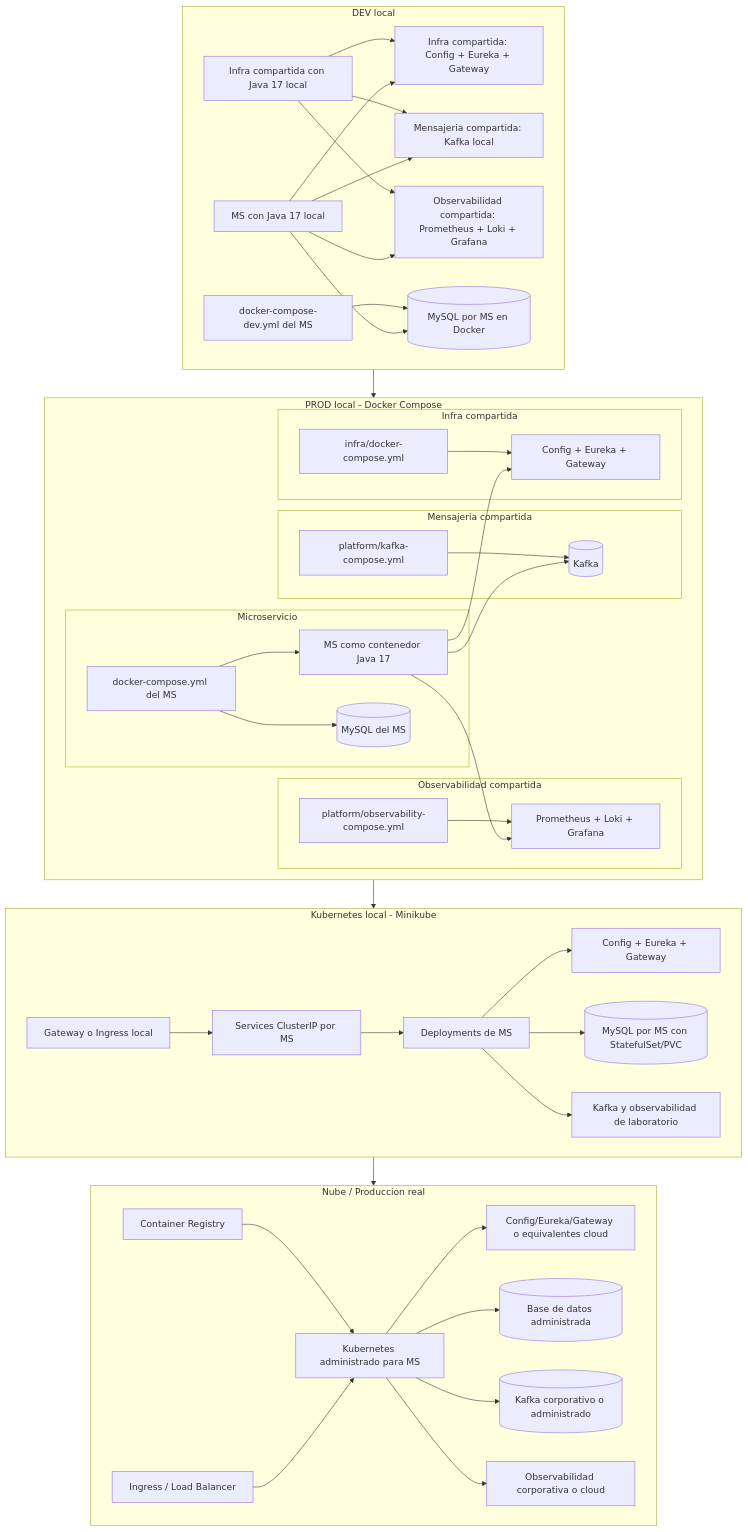
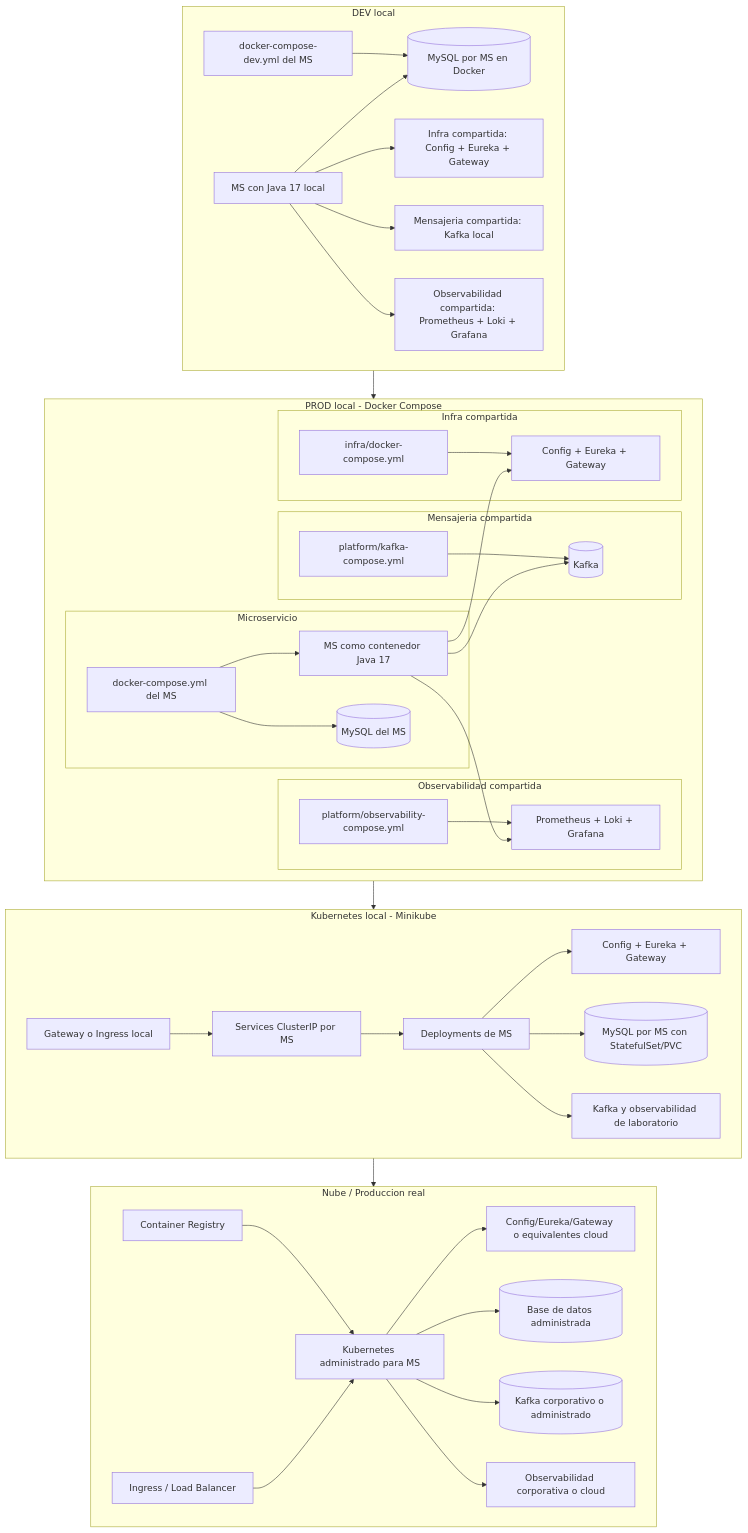
Before and after one commit to 262dist/pagatu: the tenth of 10 diagrams in README.md, drawn with Mermaid.

```diff
--- a/README.md
+++ b/README.md
@@ -546,15 +546,11 @@
 flowchart TB
     subgraph dev[DEV local]
         devjava[MS con Java 17 local]
-        devinfra[Infra compartida con Java 17 local]
         devmscompose[docker-compose-dev.yml del MS]
         devshared[Infra compartida: Config + Eureka + Gateway]
         devmessaging[Mensajeria compartida: Kafka local]
         devobs[Observabilidad compartida: Prometheus + Loki + Grafana]
         devmysql[(MySQL por MS en Docker)]
-        devinfra --> devshared
-        devinfra --> devmessaging
-        devinfra --> devobs
         devmscompose --> devmysql
         devjava --> devshared
         devjava --> devmessaging
```
